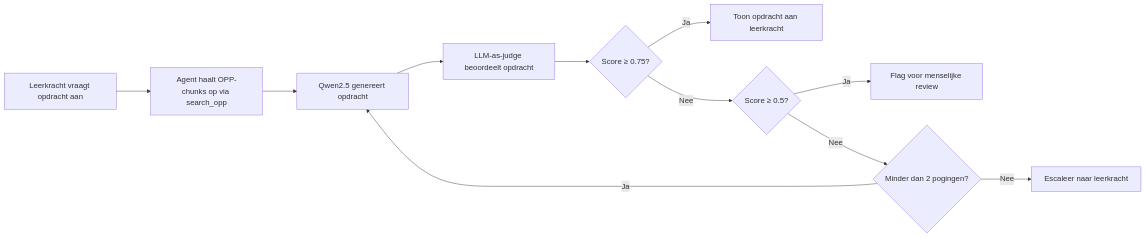
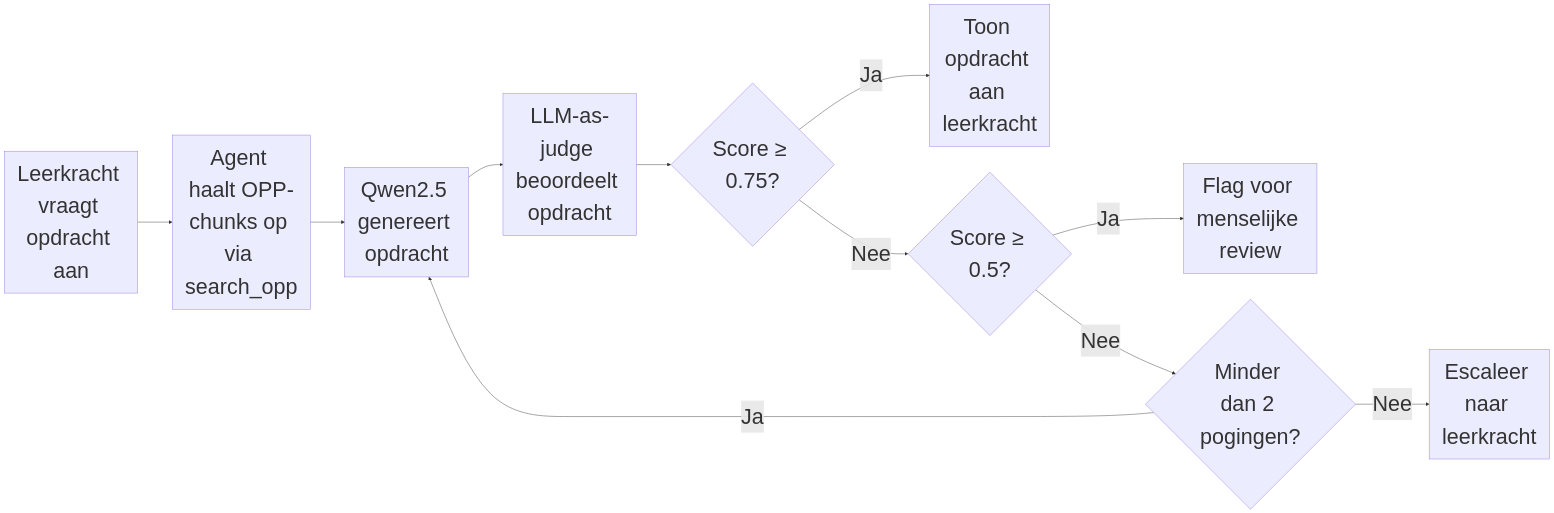
One commit to Jayson123321/Juf-aimee changed the diagram in docs/Kwaliteitsevaluatie/llm-as-judge.md. Above: the diagram before and after it, drawn with Mermaid.

Commit message:
Docs: fontsize increase mermaid diagram

````diff
--- a/docs/Kwaliteitsevaluatie/llm-as-judge.md
+++ b/docs/Kwaliteitsevaluatie/llm-as-judge.md
@@ -5,14 +5,14 @@
 ```mermaid
-%%{init: {'flowchart': {'useMaxWidth': true, 'nodeSpacing': 60, 'rankSpacing': 80}, 'themeVariables': {'fontSize': '18px'}}}%%
+%%{init: {'flowchart': {'useMaxWidth': true, 'nodeSpacing': 60, 'rankSpacing': 80}, 'themeVariables': {'fontSize': '50px'}}}%%
 flowchart LR
     A[Leerkracht vraagt opdracht aan] --> B[Agent haalt OPP-chunks op via search_opp]
     B --> C[Qwen2.5 genereert opdracht]
     C --> D[LLM-as-judge beoordeelt opdracht]
     D --> E{Score ≥ 0.75?}
     E -- Ja --> F[Toon opdracht aan leerkracht]
     E -- Nee --> G{Score ≥ 0.5?}
     G -- Ja --> H[Flag voor menselijke review]
     G -- Nee --> I{Minder dan 2 pogingen?}
     I -- Ja --> C
     I -- Nee --> J[Escaleer naar leerkracht]
 ```
````
